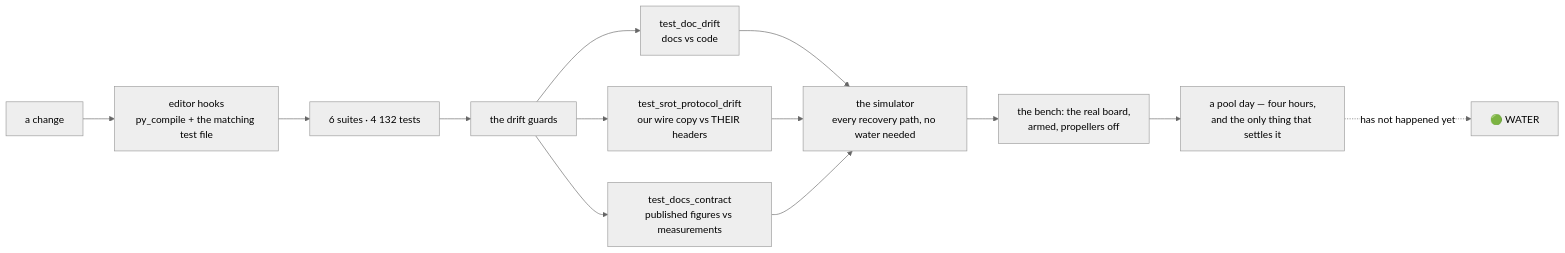
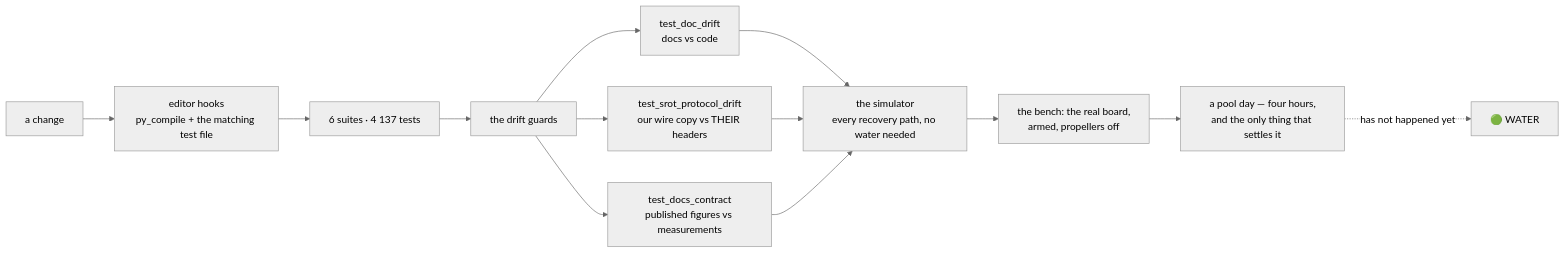
Before and after one commit to fh1m/mongla_ws: the ninth of 10 diagrams in README.md, drawn with Mermaid (neutral theme). The commit also changed other lines of this file and 11 other files, not shown here.

````diff
--- a/README.md
+++ b/README.md
@@ -752,15 +752,15 @@
 ```mermaid
 flowchart LR
     DEV["a change"] --> HOOK["editor hooks<br/>py_compile + the matching test file"]
-    HOOK --> UNIT["6 suites · 4 132 tests"]
+    HOOK --> UNIT["6 suites · 4 137 tests"]
     UNIT --> GUARD["the drift guards"]
     GUARD --> G1["test_doc_drift<br/>docs vs code"]
     GUARD --> G2["test_srot_protocol_drift<br/>our wire copy vs THEIR headers"]
     GUARD --> G3["test_docs_contract<br/>published figures vs measurements"]
     G1 --> SIM["the simulator<br/>every recovery path, no water needed"]
     G2 --> SIM
     G3 --> SIM
     SIM --> BENCH["the bench: the real board,<br/>armed, propellers off"]
     BENCH --> POOL["a pool day — four hours,<br/>and the only thing that settles it"]
     POOL -.->|"has not happened yet"| WATER["🟢 WATER"]
 ```
````
